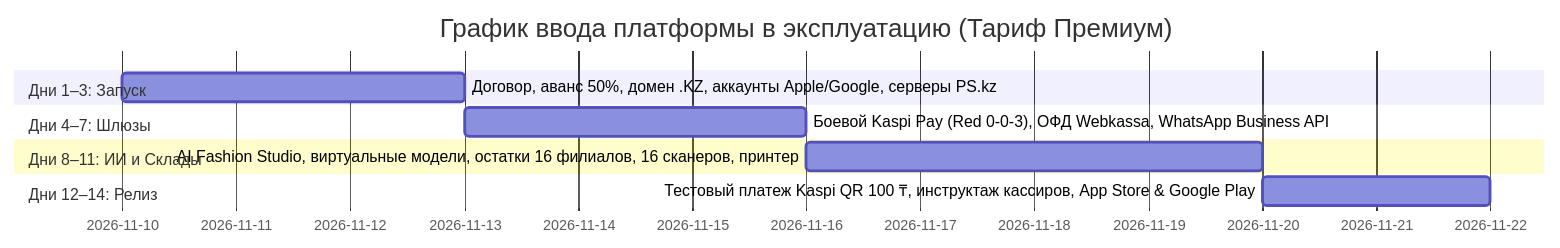
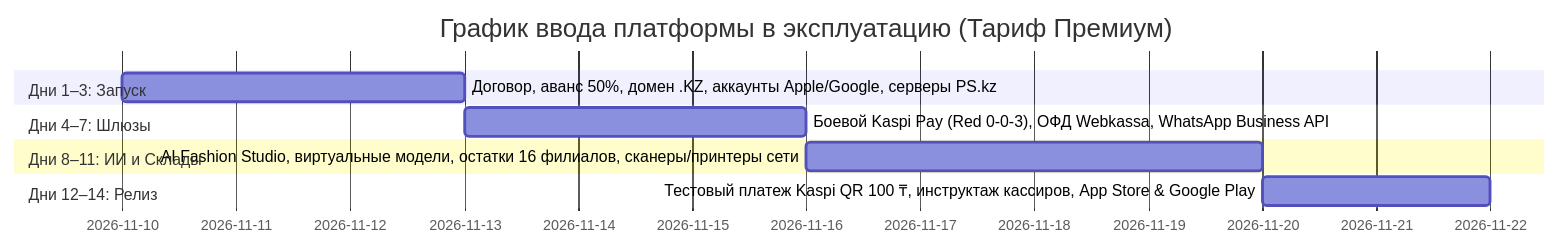
Before and after one commit to akbota17031992-lgtm/Indian_trikotazh: the fifth of 5 diagrams in investor_presentation_indiatrikotaj.md, drawn with Mermaid. The commit also changed other lines of this file and 5 other files, not shown here.

````diff
--- a/investor_presentation_indiatrikotaj.md
+++ b/investor_presentation_indiatrikotaj.md
@@ -229,13 +231,13 @@
 ```mermaid
 gantt
     title График ввода платформы в эксплуатацию (Тариф Премиум)
     dateFormat  YYYY-MM-DD
     section Дни 1–3: Запуск
     Договор, аванс 50%, домен .KZ, аккаунты Apple/Google, серверы PS.kz :a1, 2026-11-10, 3d
     section Дни 4–7: Шлюзы
     Боевой Kaspi Pay (Red 0-0-3), ОФД Webkassa, WhatsApp Business API   :a2, after a1, 3d
     section Дни 8–11: ИИ и Склады
-    AI Fashion Studio, виртуальные модели, остатки 16 филиалов, 16 сканеров, принтер :a3, after a2, 4d
+    AI Fashion Studio, виртуальные модели, остатки 16 филиалов, сканеры/принтеры сети :a3, after a2, 4d
     section Дни 12–14: Релиз
     Тестовый платеж Kaspi QR 100 ₸, инструктаж кассиров, App Store & Google Play :a4, after a3, 2d
 ```
````
